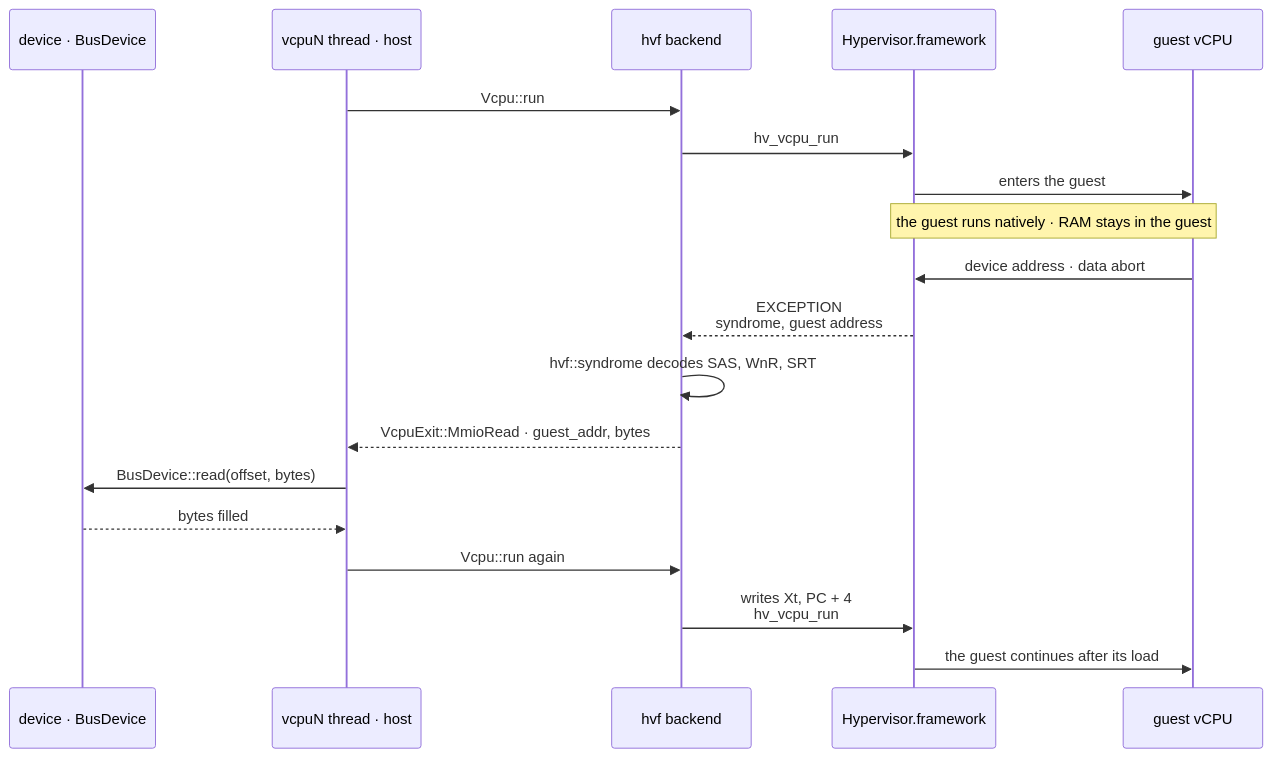
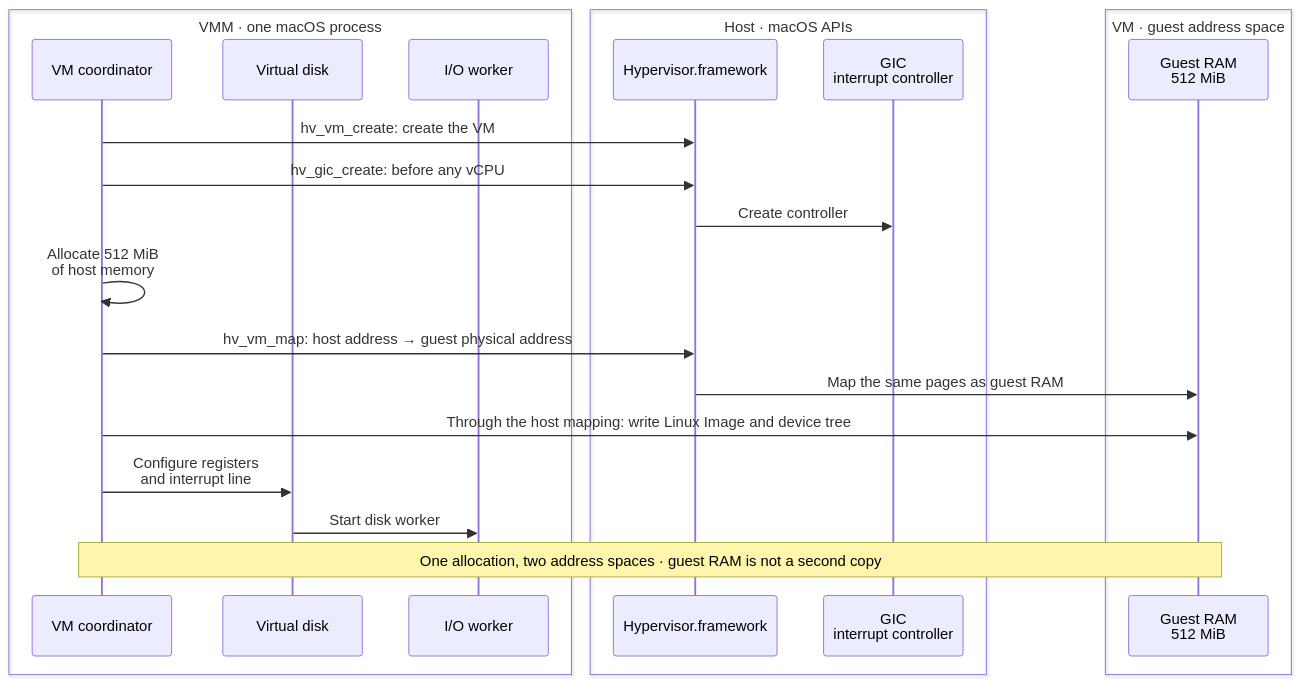
Before and after one commit to boxlite-ai/boxlite: the second of 9 diagrams in docs/architecture/vmm/hvf.md, drawn with Mermaid. The commit also changed other lines of this file and 3 other files, not shown here.

````diff
--- a/docs/architecture/vmm/hvf.md
+++ b/docs/architecture/vmm/hvf.md
@@ -41,33 +59,34 @@
 ```mermaid
 sequenceDiagram
-  participant device as device · BusDevice
-  participant vcpu as vcpuN thread · host
-  participant backend as hvf backend
-  participant host as Hypervisor.framework
-  participant guest as guest vCPU
-  %% edge:t_run
-  vcpu->>backend: Vcpu::run
-  %% edge:t_host_run
-  backend->>host: hv_vcpu_run
-  %% edge:t_enter
-  host->>guest: enters the guest
-  Note over host,guest: the guest runs natively · RAM stays in the guest
-  %% edge:t_trap
-  guest->>host: device address · data abort
-  %% edge:t_exit
-  host-->>backend: EXCEPTION<br/>syndrome, guest address
-  %% edge:t_decode
-  backend->>backend: hvf::syndrome decodes SAS, WnR, SRT
-  %% edge:t_vcpu_exit
-  backend-->>vcpu: VcpuExit::MmioRead · guest_addr, bytes
-  %% edge:t_bus
-  vcpu->>device: BusDevice::read(offset, bytes)
-  %% edge:t_filled
-  device-->>vcpu: bytes filled
-  %% edge:t_again
-  vcpu->>backend: Vcpu::run again
-  %% edge:t_complete
-  backend->>host: writes Xt, PC + 4<br/>hv_vcpu_run
-  %% edge:t_resume
-  host->>guest: the guest continues after its load
+  box VMM · one macOS process
+    participant coordinator as VM coordinator
+    participant disk as Virtual disk
+    participant worker as I/O worker
+  end
+  box Host · macOS APIs
+    participant hvf as Hypervisor.framework
+    participant gic as GIC<br/>interrupt controller
+  end
+  box VM · guest address space
+    participant guest_ram as Guest RAM<br/>512 MiB
+  end
+  %% edge:setup_vm
+  coordinator->>hvf: hv_vm_create: create the VM
+  %% edge:setup_gic
+  coordinator->>hvf: hv_gic_create: before any vCPU
+  %% edge:setup_gic_ready
+  hvf->>gic: Create controller
+  %% edge:setup_allocate
+  coordinator->>coordinator: Allocate 512 MiB<br/>of host memory
+  %% edge:setup_map
+  coordinator->>hvf: hv_vm_map: host address → guest physical address
+  %% edge:setup_ram_view
+  hvf->>guest_ram: Map the same pages as guest RAM
+  %% edge:setup_load
+  coordinator->>guest_ram: Through the host mapping: write Linux Image and device tree
+  %% edge:setup_disk
+  coordinator->>disk: Configure registers<br/>and interrupt line
+  %% edge:setup_worker
+  disk->>worker: Start disk worker
+  Note over coordinator,guest_ram: One allocation, two address spaces · guest RAM is not a second copy
 ```
````
